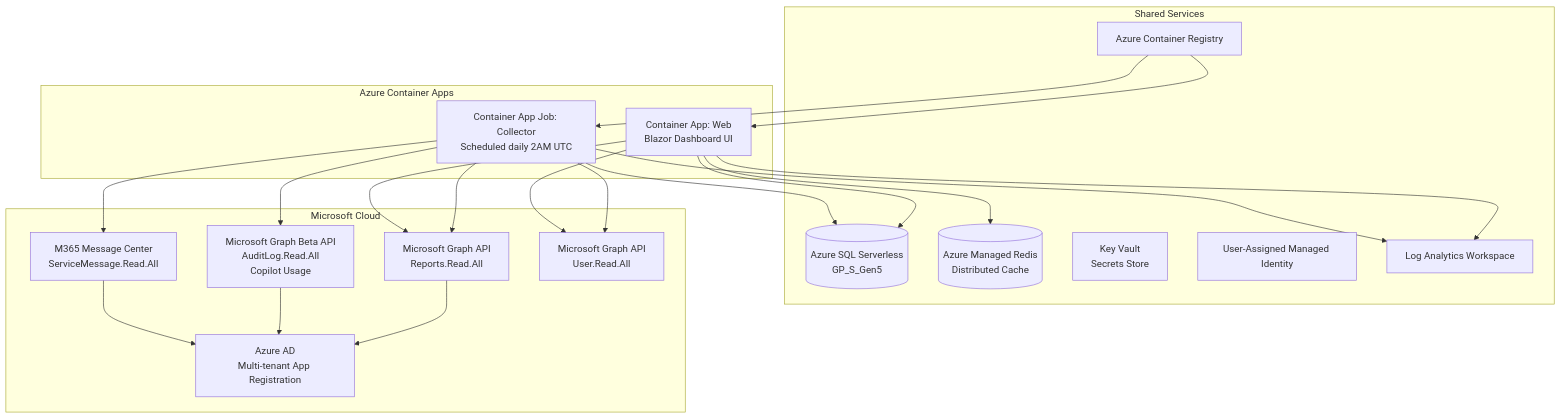
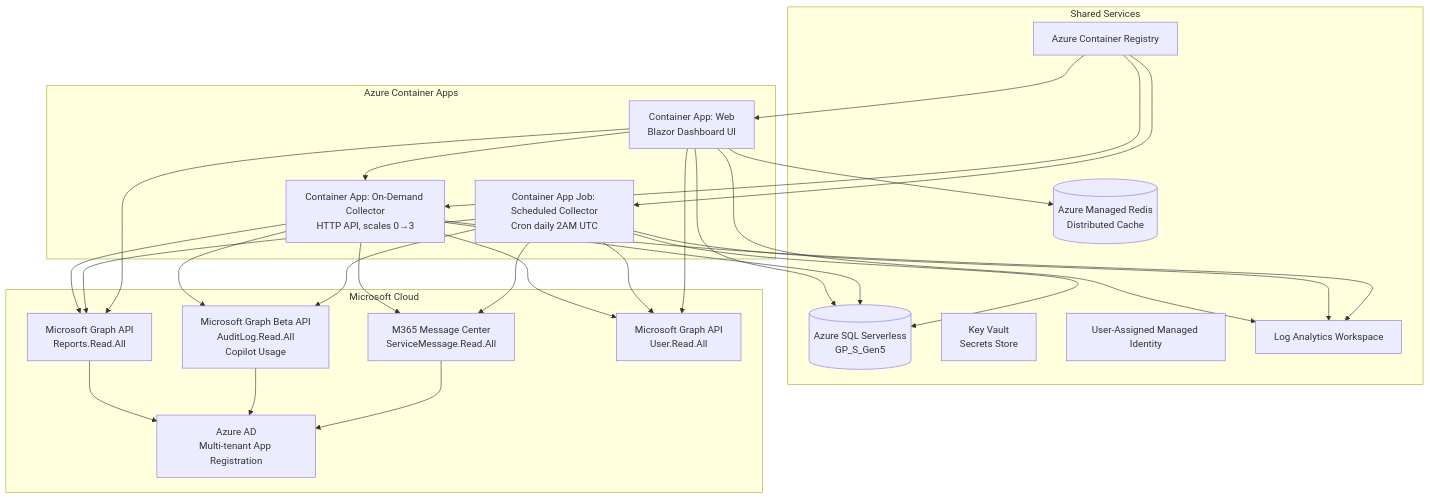
Before and after one commit to tdsnxnielsen-mikkelbach/MWDashboard: the first of 3 diagrams in docs/architecture.md, drawn with Mermaid. The commit also changed other lines of this file and 18 other files, not shown here.

First line of the commit message:
feat: Add On-Demand Collector Container App for data collection

````diff
--- a/docs/architecture.md
+++ b/docs/architecture.md
@@ -5,41 +5,50 @@
 ```mermaid
 graph TB
     subgraph Azure Container Apps
         Web[Container App: Web<br/>Blazor Dashboard UI]
-        Job[Container App Job: Collector<br/>Scheduled daily 2AM UTC]
+        Collector[Container App: On-Demand Collector<br/>HTTP API, scales 0→3]
+        Job[Container App Job: Scheduled Collector<br/>Cron daily 2AM UTC]
     end
 
     subgraph Shared Services
         SQL[(Azure SQL Serverless<br/>GP_S_Gen5)]
         Redis[(Azure Managed Redis<br/>Distributed Cache)]
         KV[Key Vault<br/>Secrets Store]
         UAMI[User-Assigned Managed Identity]
         ACR[Azure Container Registry]
         Logs[Log Analytics Workspace]
     end
 
     subgraph Microsoft Cloud
         Graph[Microsoft Graph API<br/>Reports.Read.All]
         GraphBeta[Microsoft Graph Beta API<br/>AuditLog.Read.All<br/>Copilot Usage]
         AAD[Azure AD<br/>Multi-tenant App Registration]
         MsgCenter[M365 Message Center<br/>ServiceMessage.Read.All]
         UsersApi[Microsoft Graph API<br/>User.Read.All]
     end
 
     Web --> SQL
     Web --> Redis
+    Web --> Collector
+    Collector --> SQL
+    Collector --> Graph
+    Collector --> GraphBeta
+    Collector --> MsgCenter
+    Collector --> UsersApi
     Job --> SQL
     Job --> Graph
     Job --> GraphBeta
     Job --> MsgCenter
     Job --> UsersApi
     Web --> Graph
     Web --> UsersApi
     Graph --> AAD
     GraphBeta --> AAD
     MsgCenter --> AAD
     ACR --> Web
     ACR --> Job
+    ACR --> Collector
     Web --> Logs
     Job --> Logs
+    Collector --> Logs
 ```
````
